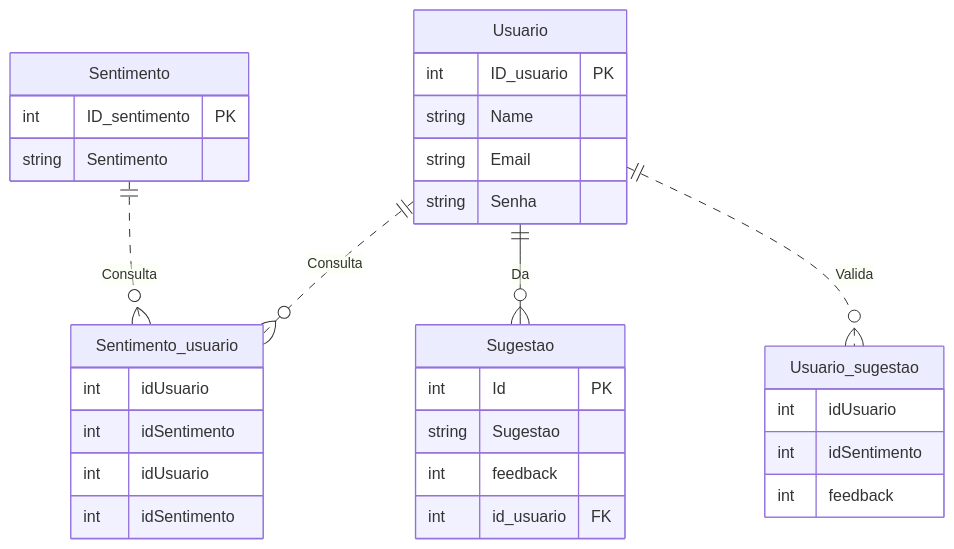
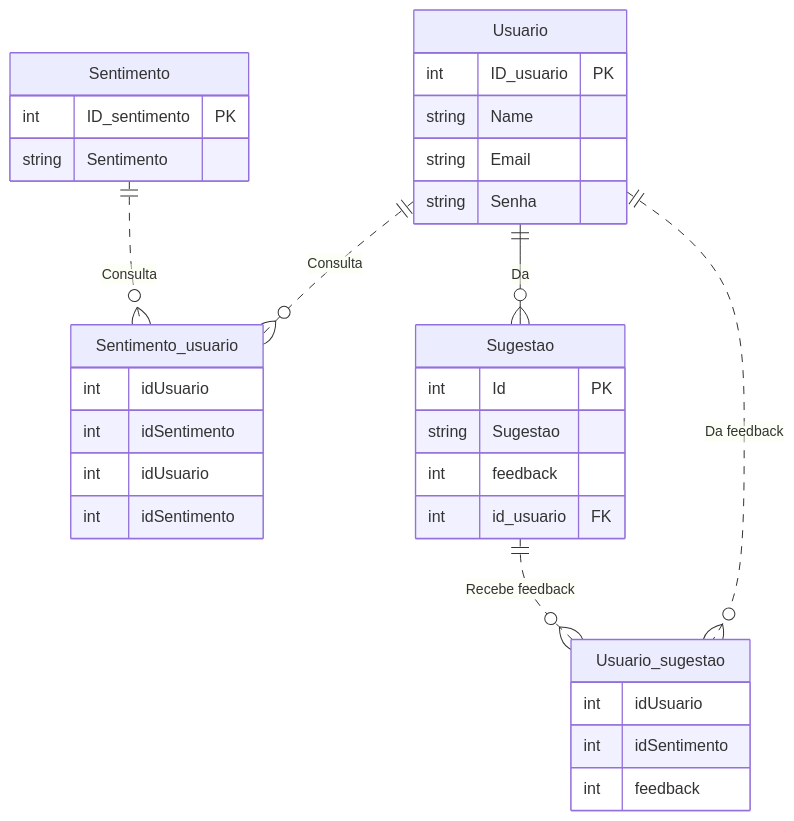
The diagram in database/README.md (HTsuyoshi/GetBy), drawn with Mermaid before and after one commit.

Commit message:
database: `README.md`

````diff
--- a/database/README.md
+++ b/database/README.md
@@ -11,41 +11,42 @@
 ```mermaid
 erDiagram
     Usuario {
         int ID_usuario PK
         string Name
         string Email
         string Senha
     }
     Sentimento {
         int ID_sentimento PK
         string Sentimento
     }
 
     Sentimento_usuario{
         int idUsuario
         int idSentimento
     }
 
     Sugestao {
         int Id PK
         string Sugestao
         int feedback
         int id_usuario FK
     }
 
     Sentimento_usuario {
         int idUsuario
         int idSentimento
     }
 
     Usuario_sugestao {
         int idUsuario
         int idSentimento
         int feedback
     }
 
     Usuario ||..o{ Sentimento_usuario : "Consulta"
     Sentimento ||..o{ Sentimento_usuario : "Consulta"
     Usuario ||--o{ Sugestao : "Da"
-    Usuario ||..o{ Usuario_sugestao : "Valida"
+    Usuario ||..o{ Usuario_sugestao : "Da feedback"
+    Sugestao ||..o{ Usuario_sugestao : "Recebe feedback"
 ```
````
